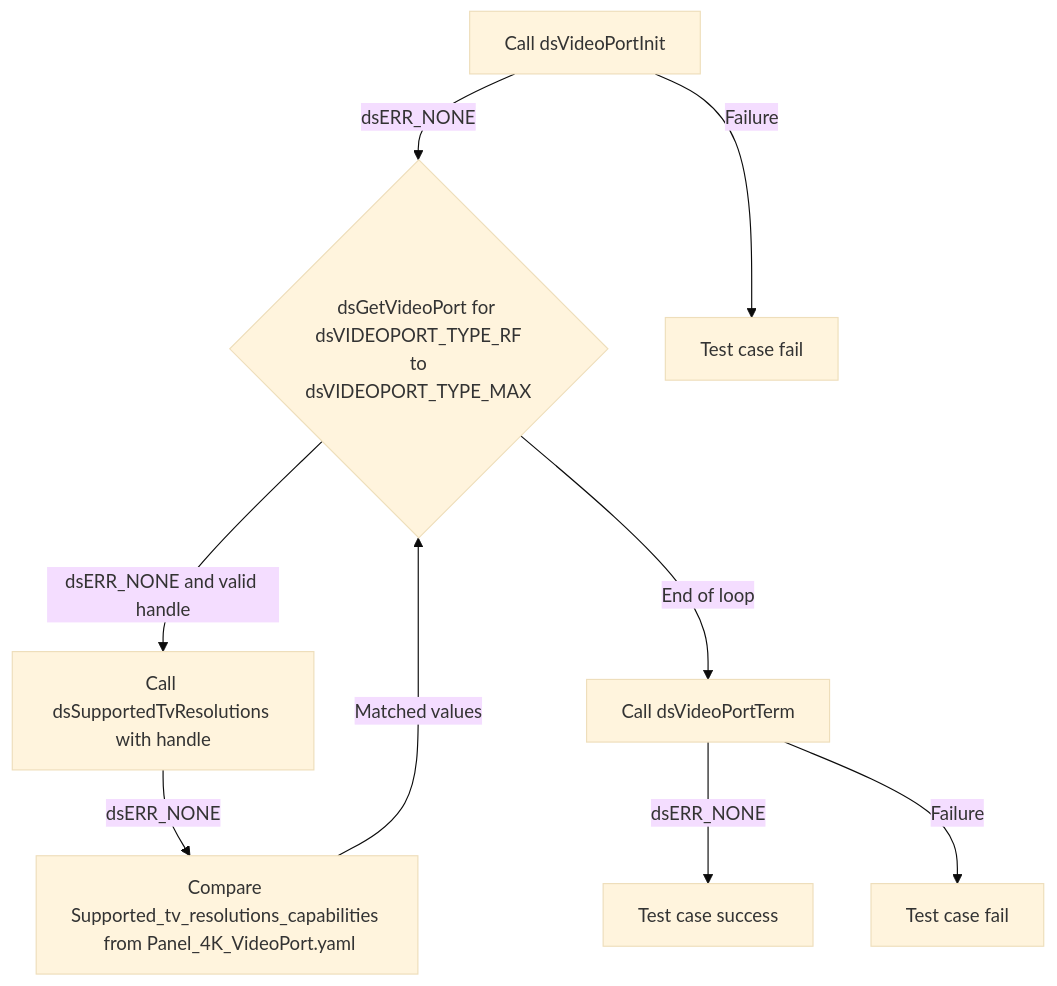
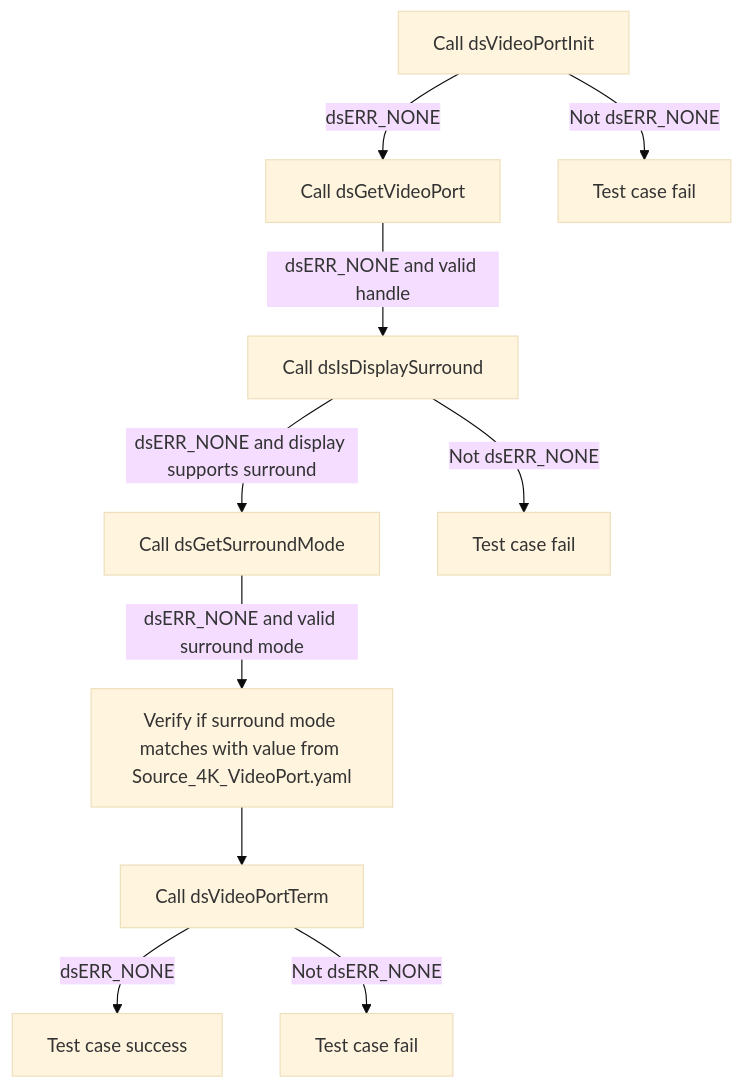
The sixth of 30 diagrams in docs/pages/dsVideoPort_L2_Low-Level_TestSpecification.md (rdkcentral/rdk-halif-test-device_settings), drawn with Mermaid (base theme) before and after one commit. The commit also changed other lines of this file and 5 other files, not shown here.

````diff
--- a/docs/pages/dsVideoPort_L2_Low-Level_TestSpecification.md
+++ b/docs/pages/dsVideoPort_L2_Low-Level_TestSpecification.md
@@ -294,11 +291,12 @@
 ```mermaid
 graph TB
-    A[Call dsVideoPortInit] -->|dsERR_NONE| B{dsGetVideoPort for <br> dsVIDEOPORT_TYPE_RF <br> to dsVIDEOPORT_TYPE_MAX}
-    B -->|dsERR_NONE and valid handle| C[Call dsSupportedTvResolutions with handle]
-    C -->|dsERR_NONE| D[Compare Supported_tv_resolutions_capabilities <br> from Panel_4K_VideoPort.yaml]
-    D -->|Matched values| B
-    B --> |End of loop|E[Call dsVideoPortTerm]
-    E -->|dsERR_NONE| F[Test case success]
-    A -->|Failure| G[Test case fail]
-    E -->|Failure| K[Test case fail]
+A[Call dsVideoPortInit] -->|dsERR_NONE| B[Call dsGetVideoPort]
+A -->|Not dsERR_NONE| A1[Test case fail]
+B -->|dsERR_NONE and valid handle| C[Call dsIsDisplaySurround]
+C -->|dsERR_NONE and display supports surround| D[Call dsGetSurroundMode]
+C -->|Not dsERR_NONE| C1[Test case fail]
+D -->|dsERR_NONE and valid surround mode| E[Verify if surround mode matches with value from Source_4K_VideoPort.yaml]
+E -->G[Call dsVideoPortTerm]
+G -->|dsERR_NONE| G1[Test case success]
+G -->|Not dsERR_NONE| G2[Test case fail]
 ```
````
